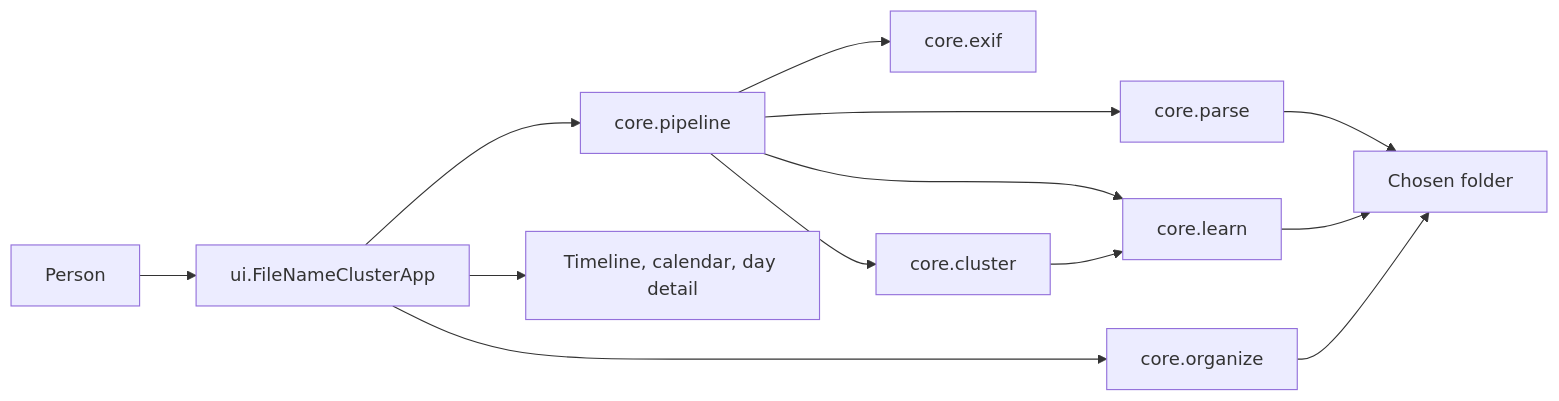
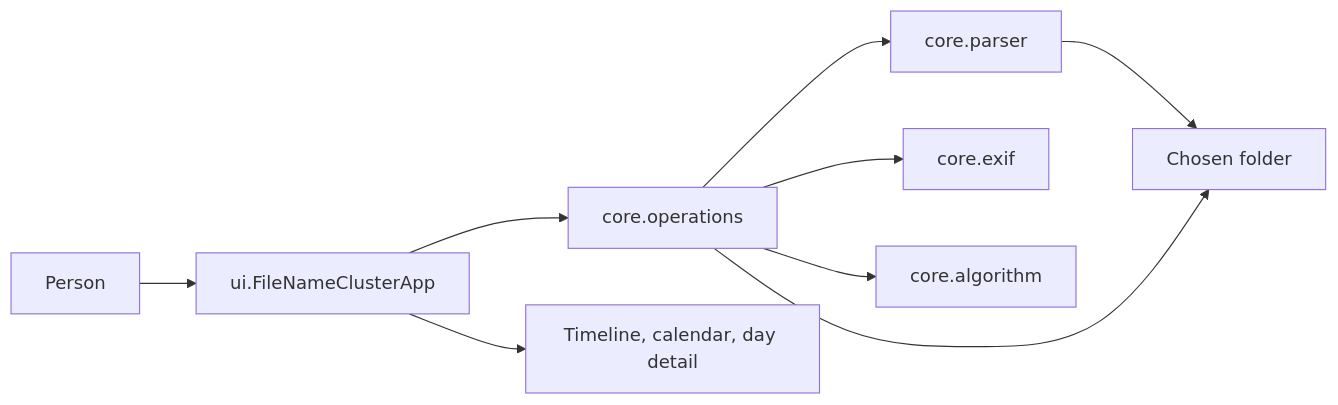
Before and after one commit to rvcgeeks/filenamecluster: the first of 5 diagrams in docs/architecture.md, drawn with Mermaid. The commit also changed other lines of this file and 157 other files, not shown here.

````diff
--- a/docs/architecture.md
+++ b/docs/architecture.md
@@ -13,15 +13,11 @@
 ```mermaid
 flowchart LR
     person["Person"] --> ui["ui.FileNameClusterApp"]
-    ui --> pipe["core.pipeline"]
-    pipe --> parse["core.parse"]
+    ui --> pipe["core.operations"]
+    pipe --> parser["core.parser"]
     pipe --> exif["core.exif"]
-    pipe --> cluster["core.cluster"]
-    pipe --> learn["core.learn"]
-    cluster --> learn
-    ui --> org["core.organize"]
-    parse --> folder["Chosen folder"]
-    learn --> folder
-    org --> folder
+    pipe --> algo["core.algorithm"]
+    parser --> folder["Chosen folder"]
+    pipe --> folder
     ui --> views["Timeline, calendar, day detail"]
 ```
````
